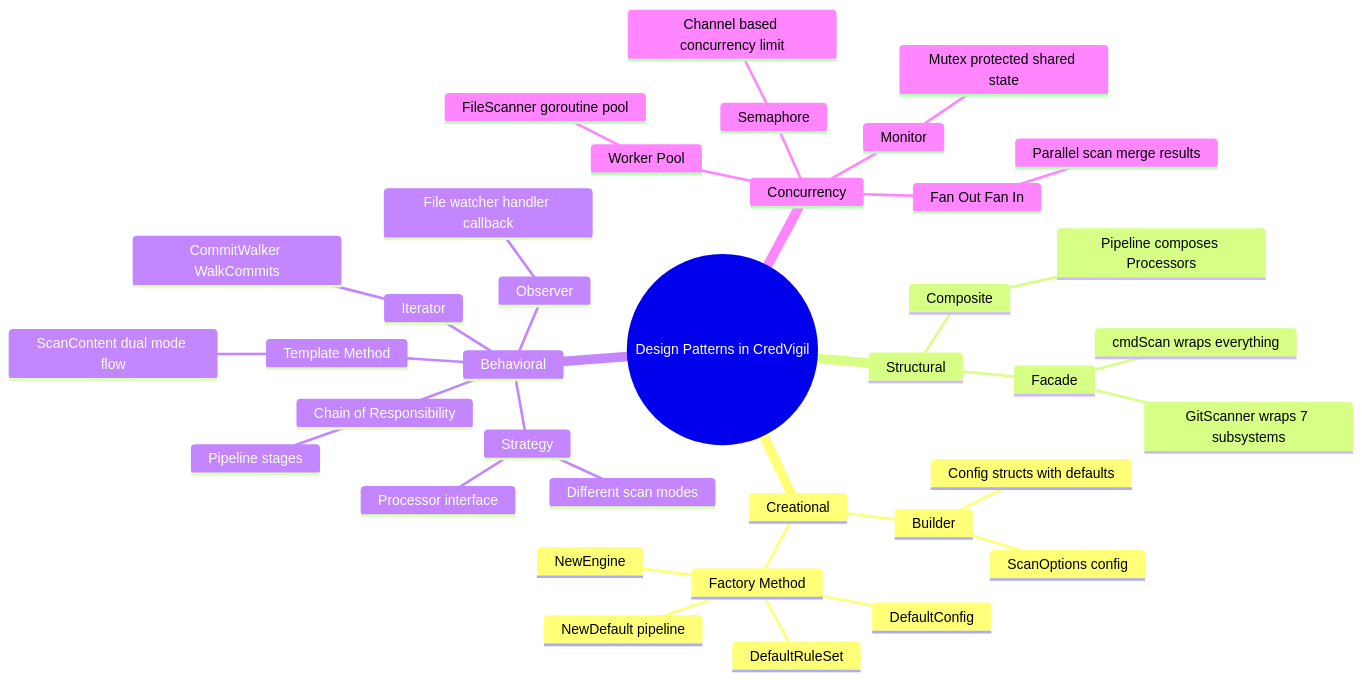
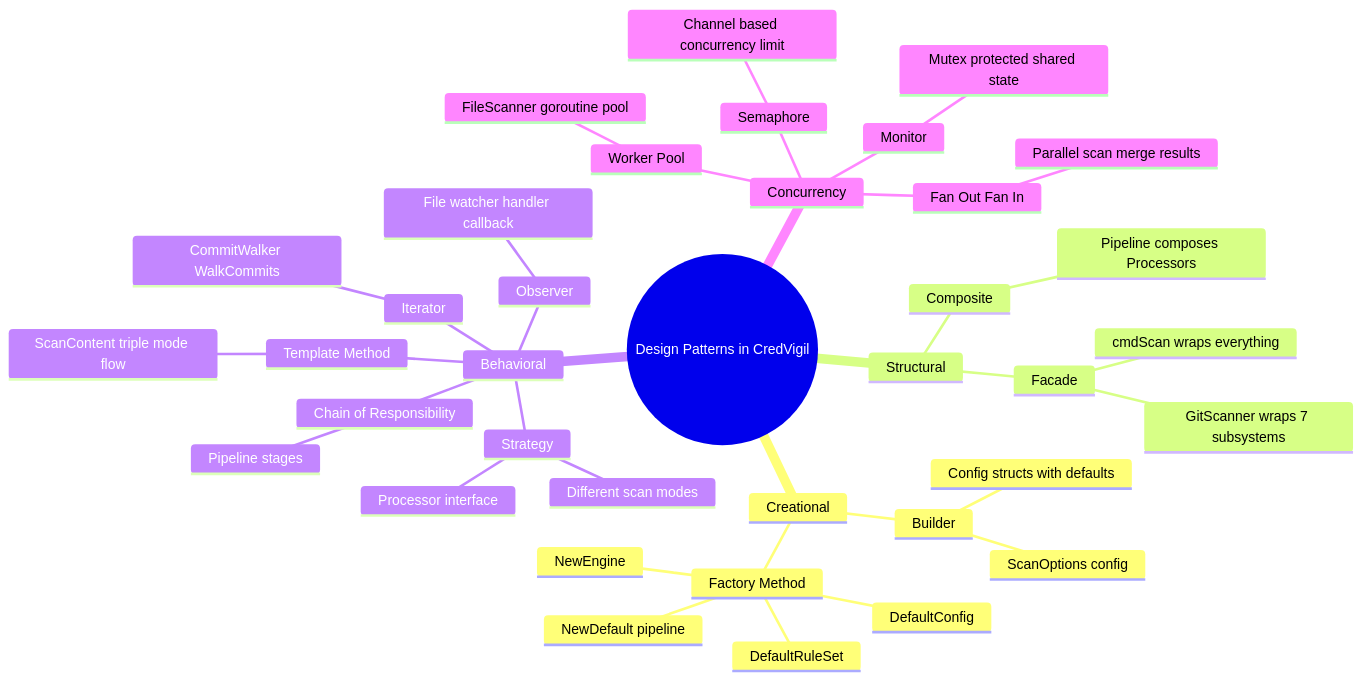
Before and after one commit to svemulapati/CredVigil: diagram 49 of 60 in docs/training/00-System-Design.md, drawn with Mermaid. The commit also changed other lines of this file and 8 other files, not shown here.

````diff
--- a/docs/training/00-System-Design.md
+++ b/docs/training/00-System-Design.md
@@ -2034,40 +2044,40 @@
 ```mermaid
 mindmap
     root((Design Patterns in CredVigil))
         Creational
             Factory Method
                 NewEngine
                 NewDefault pipeline
                 DefaultRuleSet
                 DefaultConfig
             Builder
                 ScanOptions config
                 Config structs with defaults
         Structural
             Facade
                 GitScanner wraps 7 subsystems
                 cmdScan wraps everything
             Composite
                 Pipeline composes Processors
         Behavioral
             Strategy
                 Processor interface
                 Different scan modes
             Chain of Responsibility
                 Pipeline stages
             Iterator
                 CommitWalker WalkCommits
             Observer
                 File watcher handler callback
             Template Method
-                ScanContent dual mode flow
+                ScanContent triple mode flow
         Concurrency
             Worker Pool
                 FileScanner goroutine pool
             Semaphore
                 Channel based concurrency limit
             Fan Out Fan In
                 Parallel scan merge results
             Monitor
                 Mutex protected shared state
 ```
````
